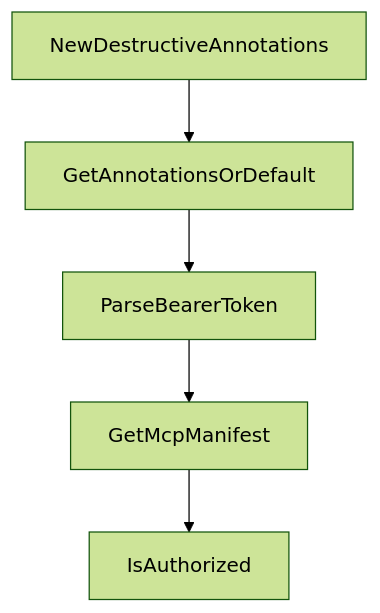
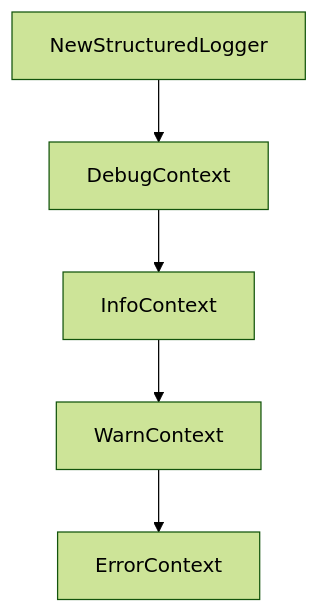
The diagram in tutorials/genai-toolbox-tutorial/06-deployment-and-observability-patterns.md (johnxie/awesome-code-docs), drawn with Mermaid (forest theme) before and after one commit. The commit also changed other lines of this file and 1232 other files, not shown here.

````diff
--- a/tutorials/genai-toolbox-tutorial/06-deployment-and-observability-patterns.md
+++ b/tutorials/genai-toolbox-tutorial/06-deployment-and-observability-patterns.md
@@ -210,12 +208,12 @@
 ```mermaid
 flowchart TD
-    A[NewDestructiveAnnotations]
-    B[GetAnnotationsOrDefault]
-    C[ParseBearerToken]
-    D[GetMcpManifest]
-    E[IsAuthorized]
+    A[NewStructuredLogger]
+    B[DebugContext]
+    C[InfoContext]
+    D[WarnContext]
+    E[ErrorContext]
     A --> B
     B --> C
     C --> D
     D --> E
 ```
````
